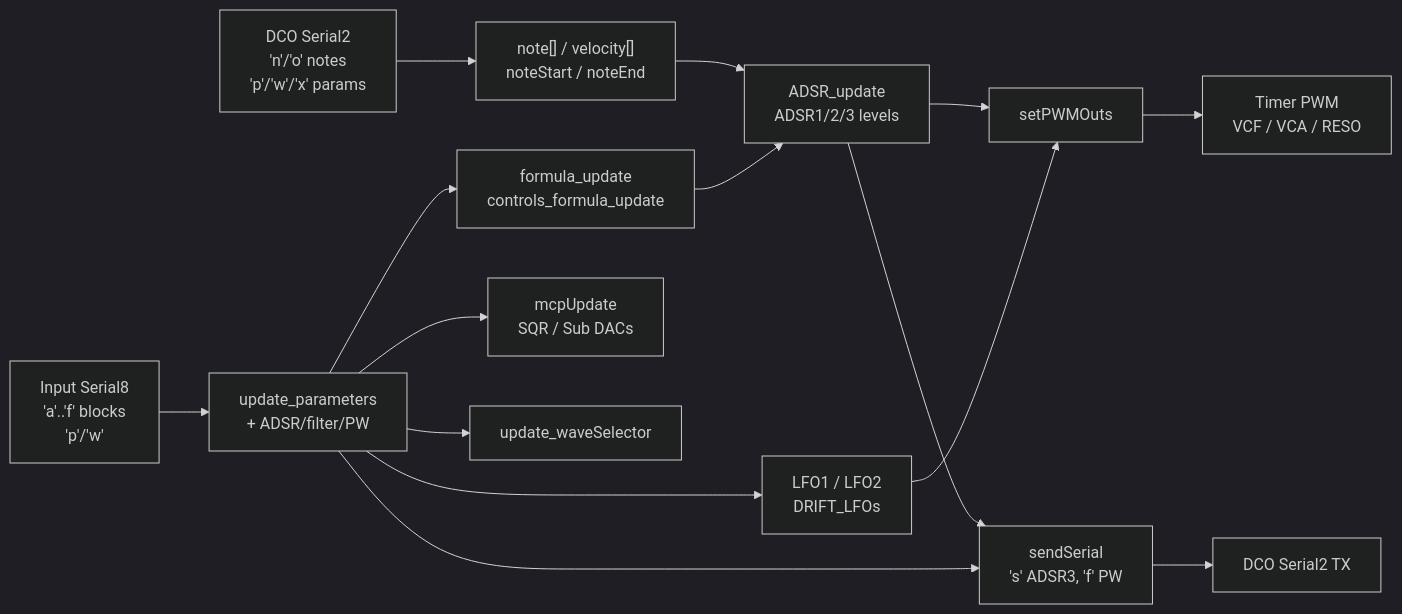
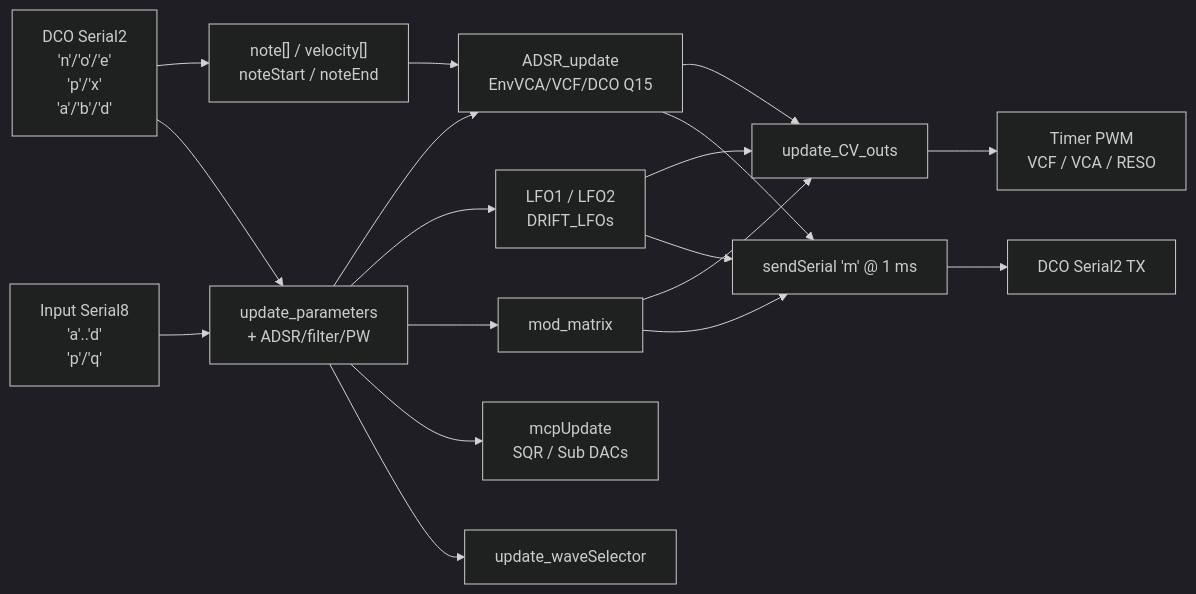
Before and after one commit to felipegaspari/DCO4-REBORN-MAINBOARD-CONTROLLER: the diagram in docs/MODULATION_PIPELINE.md, drawn with Mermaid (dark theme). The commit also changed other lines of this file and 42 other files, not shown here.

````diff
--- a/docs/MODULATION_PIPELINE.md
+++ b/docs/MODULATION_PIPELINE.md
@@ -9,17 +11,20 @@
 ```mermaid
 flowchart LR
-  DCO["DCO Serial2\n'n'/'o' notes\n'p'/'w'/'x' params"] --> Notes["note[] / velocity[]\nnoteStart / noteEnd"]
-  Input["Input Serial8\n'a'..'f' blocks\n'p'/'w'"] --> Params["update_parameters\n+ ADSR/filter/PW"]
-  Notes --> ADSR["ADSR_update\nADSR1/2/3 levels"]
-  Params --> Formulas["formula_update\ncontrols_formula_update"]
-  Formulas --> ADSR
+  DCO["DCO Serial2\n'n'/'o'/'e'\n'p'/'x'\n'a'/'b'/'d'"] --> Notes["note[] / velocity[]\nnoteStart / noteEnd"]
+  DCO --> Params["update_parameters\n+ ADSR/filter/PW"]
+  Input["Input Serial8\n'a'..'d'\n'p'/'q'"] --> Params
+  Notes --> ADSR["ADSR_update\nEnvVCA/VCF/DCO Q15"]
+  Params --> ADSR
   Params --> LFO["LFO1 / LFO2\nDRIFT_LFOs"]
-  ADSR --> PWM["setPWMOuts"]
-  LFO --> PWM
-  PWM --> Timers["Timer PWM\nVCF / VCA / RESO"]
+  ADSR --> CV["update_CV_outs"]
+  LFO --> CV
+  Params --> Matrix["mod_matrix"]
+  Matrix --> CV
+  CV --> Timers["Timer PWM\nVCF / VCA / RESO"]
   Params --> MCP["mcpUpdate\nSQR / Sub DACs"]
   Params --> Wave["update_waveSelector"]
-  ADSR --> Send["sendSerial\n's' ADSR3, 'f' PW"]
-  Params --> Send
-  Send --> DCOOut["DCO Serial2 TX"]
+  LFO --> M["sendSerial 'm' @ 1 ms"]
+  ADSR --> M
+  Matrix --> M
+  M --> DCOOut["DCO Serial2 TX"]
 ```
````
